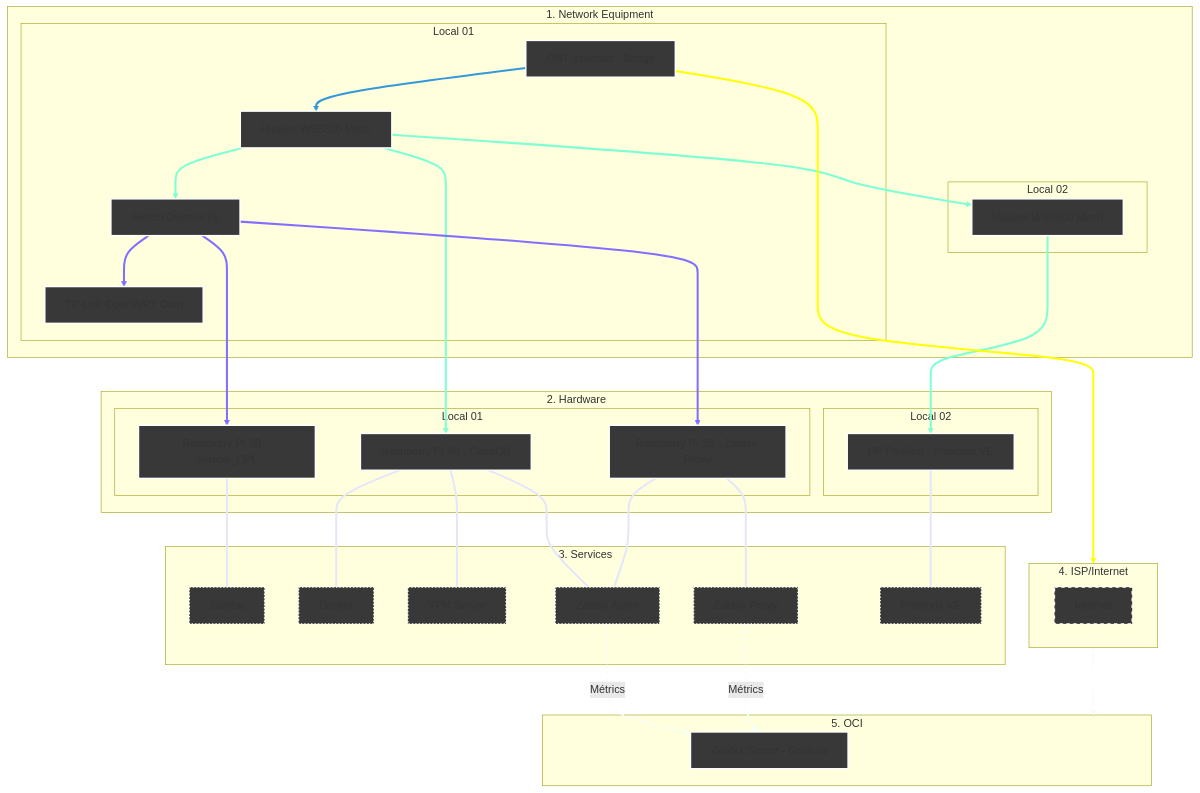
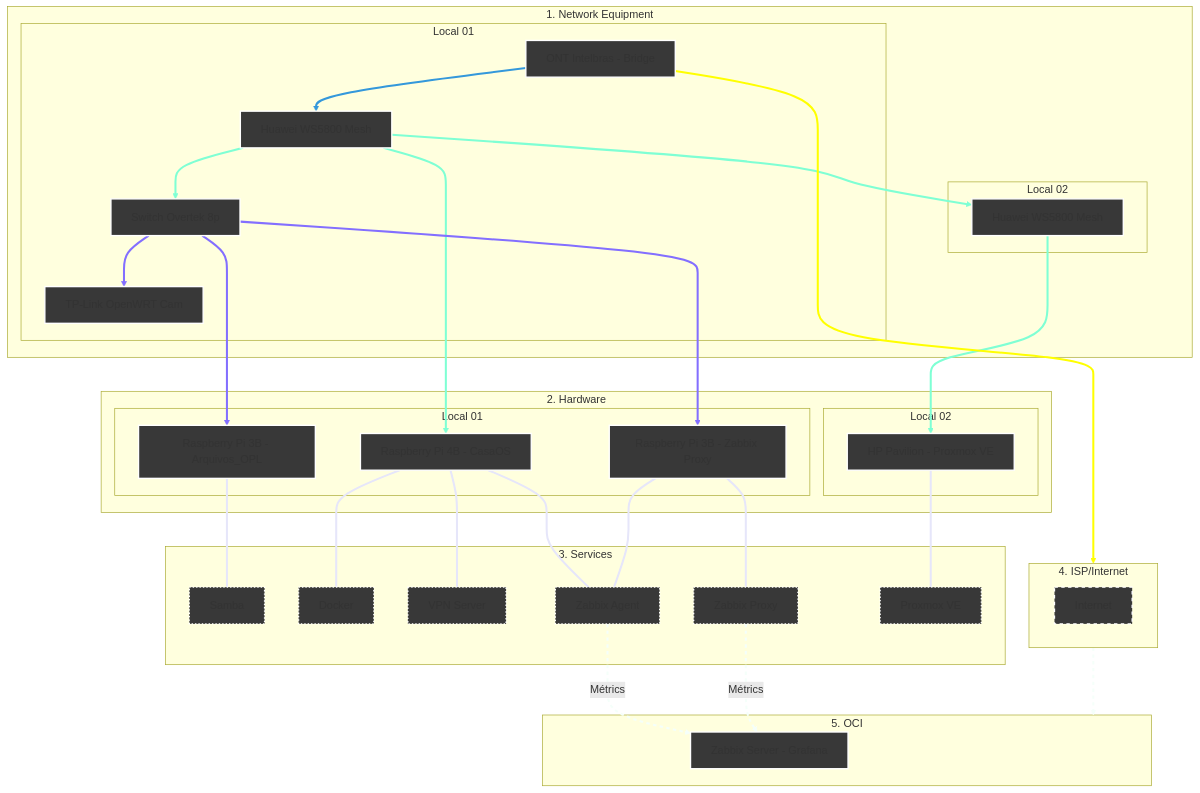
The diagram in Infraestructure/README.md (kevindexter22/Dr-Hardware-Autonet), drawn with Mermaid before and after one commit.

````diff
--- a/Infraestructure/README.md
+++ b/Infraestructure/README.md
@@ -13,72 +13,72 @@
 ```mermaid
 graph TD
     %% Styles
     classDef network fill:#383838,stroke:#FFFFFF,stroke-width:2px;
     classDef hardware fill:#383838,stroke:#FFFFFF,stroke-width:2px;
     classDef internet fill:#383838,stroke:#FFFFFF,stroke-width:2px,stroke-dasharray: 5 5;
     classDef services fill:#383838,stroke:#FFFFFF,stroke-width:2px, stroke-dasharray: 2 3;
     classDef oci fill:#383838,stroke:#FFFFFF,stroke-width:2px;
 
     %% 1. NETWORK EQUIPMENT
     subgraph Principal["1. Network Equipment"]
     subgraph S1 [Local 01]
         ONT[ONT Intelbras - Bridge]:::network --> R_Mesh1[Huawei WS5800 Mesh]:::network
         R_Mesh1 --> SW1[Switch Overtek 8p]:::network
         SW1 --> R_Cams[TP-Link OpenWRT Cam]:::network    
     end
     subgraph S2 [Local 02]
         R_Mesh1 --> R_Mesh2[Huawei WS5800 Mesh]:::network
     end
     end
     
     %% 2. HARDWARE
     subgraph Principal02["2. Hardware"]
     subgraph S3 [Local 01]
-        SW1 ---> RPi3B_1[Raspberry Pi 3B - Samba_OPL]:::hardware
+        SW1 ---> RPi3B_1[Raspberry Pi 3B - Arquivos_OPL]:::hardware
         R_Mesh1 ---> RPi4B[Raspberry Pi 4B - CasaOS]:::hardware
         SW1 ---> RPi3B_2[Raspberry Pi 3B - Zabbix Proxy]:::hardware
     end
     subgraph S4 [Local 02]
         R_Mesh2 ---> HP[HP Pavilion - Proxmox VE]:::hardware
     end
     end
 
     %% 3. SERVICES     
     subgraph S5 [3. Services];
         RPi3B_1 --- SMB1[Samba]:::services
         RPi4B --- Docker[Docker]:::services
         RPi4B --- VPN[VPN Server]:::services
         RPi4B --- ZA[Zabbix Agent]:::services
         RPi3B_2 --- ZA[Zabbix Agent]:::services
         RPi3B_2 --- ZP[Zabbix Proxy]:::services
         HP --- PVE[Proxmox VE]:::services        
     end
 
     %% 4. Internet (The Bridge)
     subgraph S6 [4. ISP/Internet]
            internet[Internet]:::internet
     end
 
     %% 5. Oracle Cloud Infrastructure
     subgraph S7 [5. OCI]
         ZS[Zabbix Server - Grafana]:::oci
     end
 
     %% Conections of data flow
     ONT --> S6
     S6 --> S7
     
     %% Logical conections
     ZA -.-> |Métrics| ZS
     ZP -.-> |Métrics| ZS 
 
     %% --- Set collor on conections ---
     
     linkStyle 0 stroke:#3498db,stroke-width:3px;
     linkStyle 1,3,5,7 stroke:#7FFFD4,stroke-width:3px;
     linkStyle 2,4,6 stroke:#836FFF,stroke-width:3px;
     linkStyle 8,9,10,11,12,13,14 stroke:#E6E6FA,stroke-width:3px;
     linkStyle 15 stroke:#FFFF00,stroke-width:3px;
     linkStyle 16,17,18 stroke:#F5FFFA,stroke-width:3px,stroke-dasharray: 5 5;
 
 ```
````
